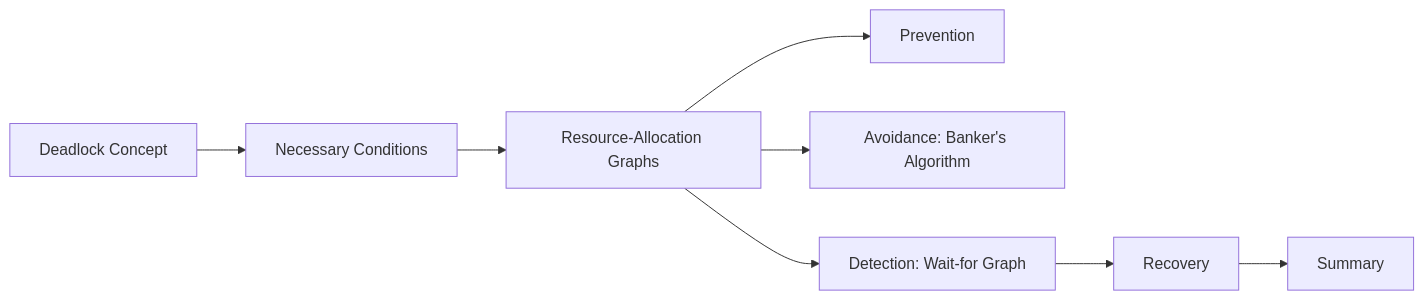
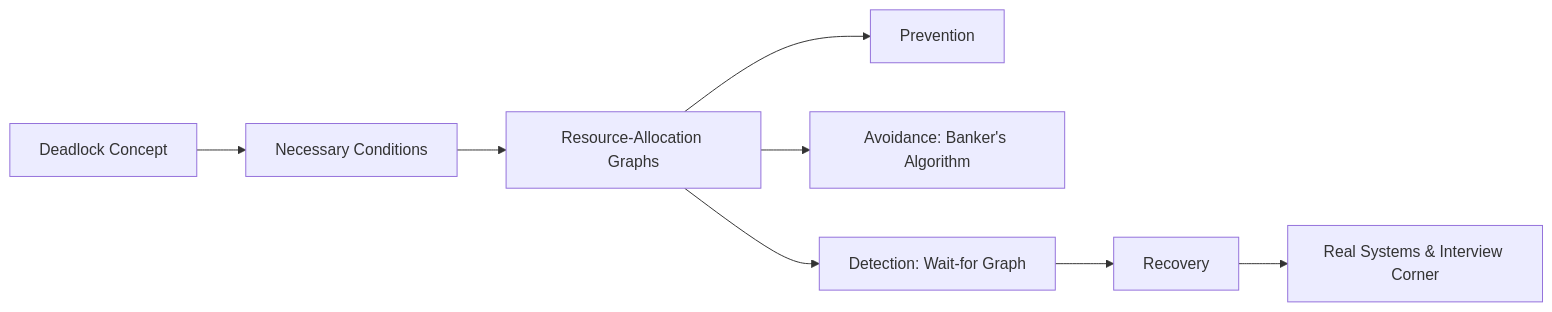
One commit to Raushan666java/ai-engineering-journey changed the diagram in docs/courses/operating-systems/07-deadlocks.md. Above: the diagram before and after it, drawn with Mermaid. The commit also changed other lines of this file and 17 other files, not shown here.

```diff
--- a/docs/courses/operating-systems/07-deadlocks.md
+++ b/docs/courses/operating-systems/07-deadlocks.md
@@ -29,10 +30,10 @@
 <div class="mermaid">
 flowchart LR
     A[Deadlock Concept] --> B[Necessary Conditions]
     B --> C[Resource-Allocation Graphs]
     C --> D[Prevention]
     C --> E[Avoidance: Banker's Algorithm]
     C --> F[Detection: Wait-for Graph]
     F --> G[Recovery]
-    G --> H[Summary]
+    G --> H[Real Systems & Interview Corner]
 </div>
```
